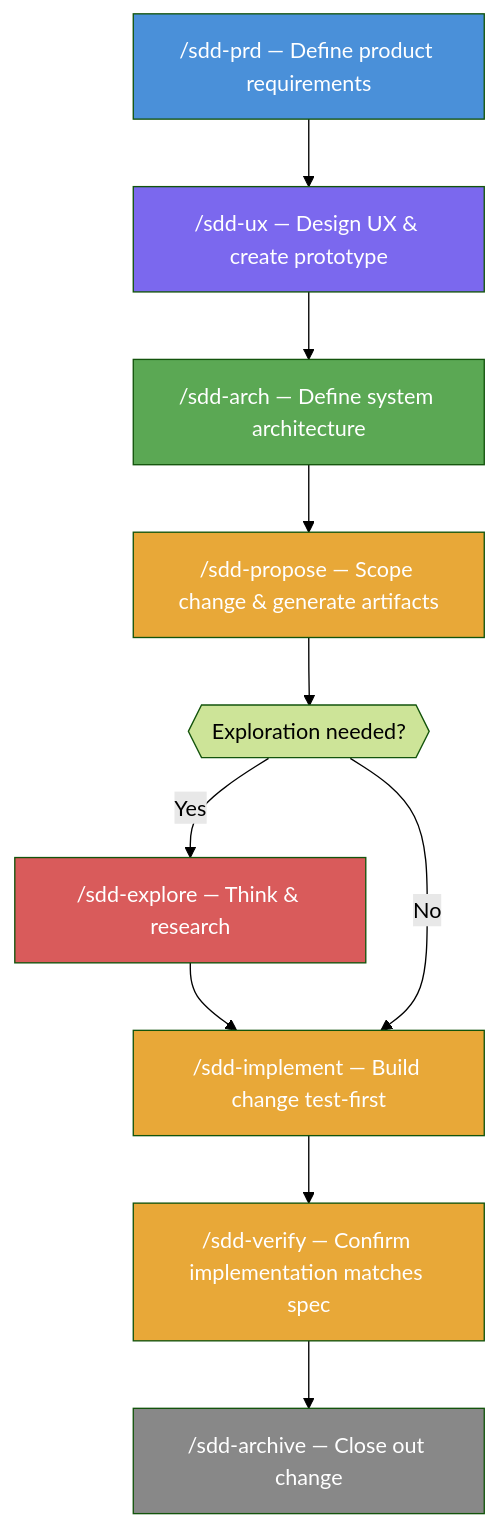
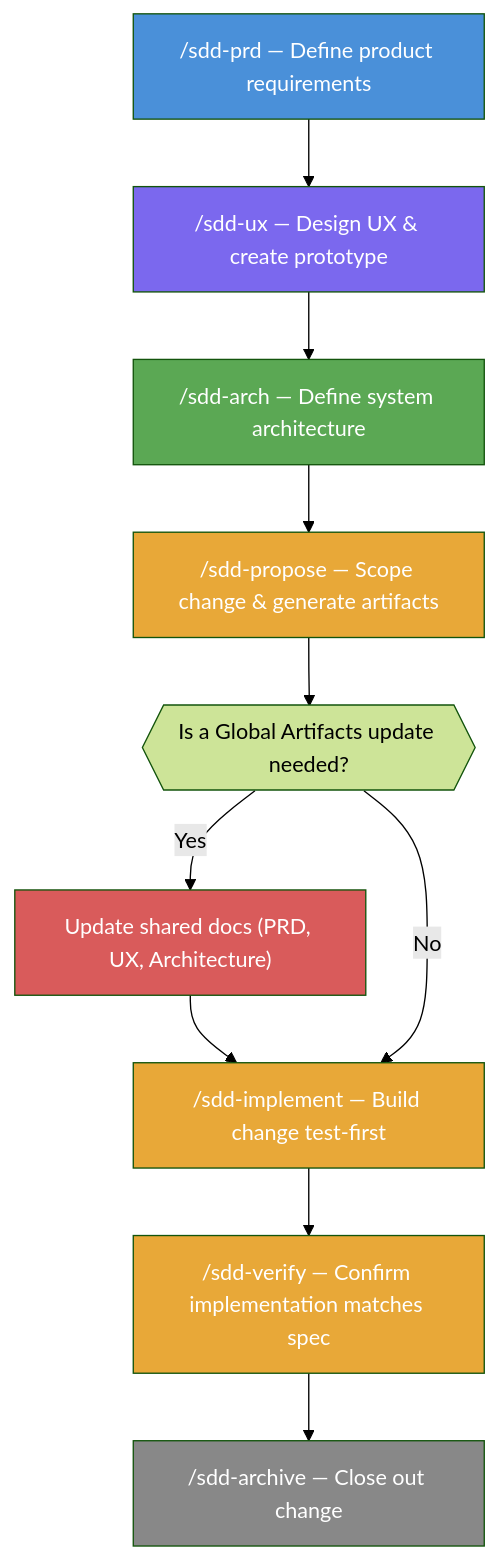
Before and after one commit to AlessioScarfone/aine-copilot-plugins: the diagram in src/sdd-team/README.md, drawn with Mermaid (forest theme). The commit also changed other lines of this file and 16 other files, not shown here.

````diff
--- a/src/sdd-team/README.md
+++ b/src/sdd-team/README.md
@@ -49,26 +64,25 @@
 ```mermaid
 flowchart TD
     PRD["/sdd-prd — Define product requirements"] --> UX
     UX["/sdd-ux — Design UX & create prototype"] --> ARCH
     ARCH["/sdd-arch — Define system architecture"] --> PROPOSE
 
-    PROPOSE["/sdd-propose — Scope change & generate artifacts"] --> EXPLORE
+    PROPOSE["/sdd-propose — Scope change & generate artifacts"] --> UPDATE
 
-    EXPLORE{{"Exploration needed?"}}
-    EXPLORE -- Yes --> EX["/sdd-explore — Think & research"]
-    EX --> IMPLEMENT
-    EXPLORE -- No --> IMPLEMENT
+    UPDATE{{"Is a Global Artifacts update needed?"}}
+    UPDATE -- Yes --> UDPATE_SHARED["Update shared docs (PRD, UX, Architecture)"] --> IMPLEMENT 
+    UPDATE -- No --> IMPLEMENT
 
     IMPLEMENT["/sdd-implement — Build change test-first"] --> VERIFY
     VERIFY["/sdd-verify — Confirm implementation matches spec"] --> ARCHIVE
     ARCHIVE["/sdd-archive — Close out change"]
 
     style PRD fill:#4A90D9,color:#fff
     style UX fill:#7B68EE,color:#fff
     style ARCH fill:#5BA854,color:#fff
     style PROPOSE fill:#E8A838,color:#fff
     style IMPLEMENT fill:#E8A838,color:#fff
     style VERIFY fill:#E8A838,color:#fff
     style ARCHIVE fill:#888,color:#fff
-    style EX fill:#D95B5B,color:#fff
+    style UDPATE_SHARED fill:#D95B5B,color:#fff
 ```
````
